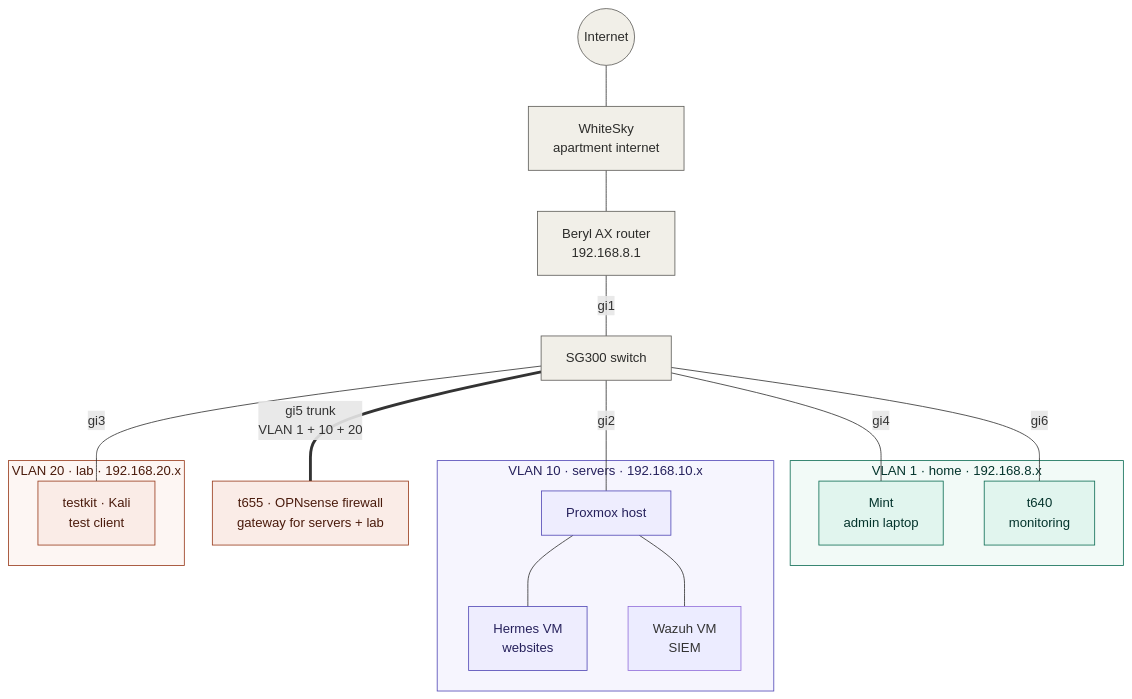
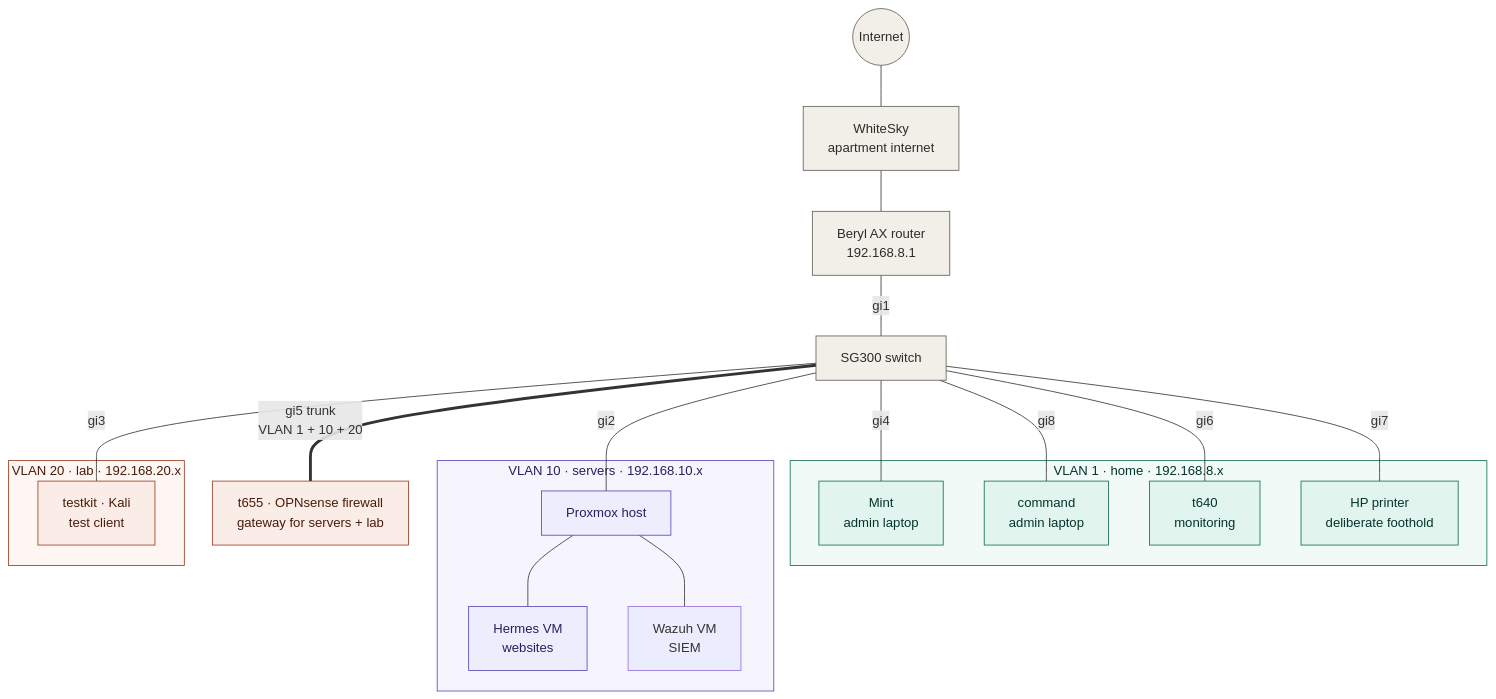
The first of 4 diagrams in README.md (gibbsthedev/homelab), drawn with Mermaid before and after one commit. The commit also changed other lines of this file and 6 other files, not shown here.

````diff
--- a/README.md
+++ b/README.md
@@ -28,46 +28,50 @@
 ```mermaid
 flowchart TB
     internet(("Internet"))
     isp["WhiteSky<br/>apartment internet"]
     beryl["Beryl AX router<br/>192.168.8.1"]
     sw["SG300 switch"]
     fw["t655 · OPNsense firewall<br/>gateway for servers + lab"]
 
     internet --- isp --- beryl
     beryl ---|"gi1"| sw
 
     subgraph v1["VLAN 1 · home · 192.168.8.x"]
         mint["Mint<br/>admin laptop"]
+        cmd["command<br/>admin laptop"]
         mon["t640<br/>monitoring"]
+        hp["HP printer<br/>deliberate foothold"]
     end
 
     subgraph v10["VLAN 10 · servers · 192.168.10.x"]
         pve["Proxmox host"]
         hermes["Hermes VM<br/>websites"]
         wz["Wazuh VM<br/>SIEM"]
         pve --- hermes
         pve --- wz
     end
 
     subgraph v20["VLAN 20 · lab · 192.168.20.x"]
         tk["testkit · Kali<br/>test client"]
     end
 
     sw ---|"gi2"| pve
     sw ---|"gi4"| mint
     sw ---|"gi6"| mon
+    sw ---|"gi7"| hp
+    sw ---|"gi8"| cmd
     sw ===|"gi5 trunk<br/>VLAN 1 + 10 + 20"| fw
     sw ---|"gi3"| tk
 
     classDef lab fill:#FAECE7,stroke:#993C1D,color:#4A1B0C
     classDef home fill:#E1F5EE,stroke:#0F6E56,color:#04342C
     classDef srv fill:#EEEDFE,stroke:#534AB7,color:#26215C
     classDef edge fill:#F1EFE8,stroke:#5F5E5A,color:#2C2C2A
     class tk,fw lab
-    class mint,mon home
+    class mint,cmd,mon,hp home
     class pve,hermes,oc srv
     class internet,isp,beryl,sw edge
     style v20 fill:#FDF6F3,stroke:#993C1D,color:#4A1B0C
     style v1 fill:#F2FAF7,stroke:#0F6E56,color:#04342C
     style v10 fill:#F6F5FE,stroke:#534AB7,color:#26215C
 ```
````
